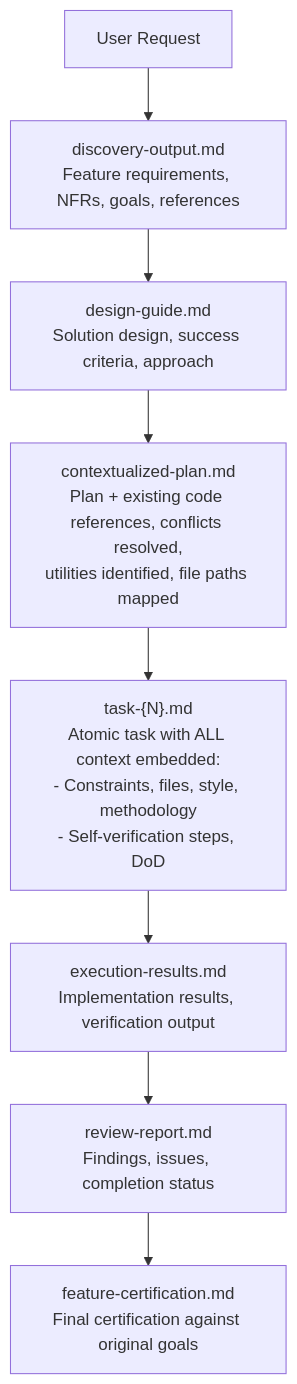
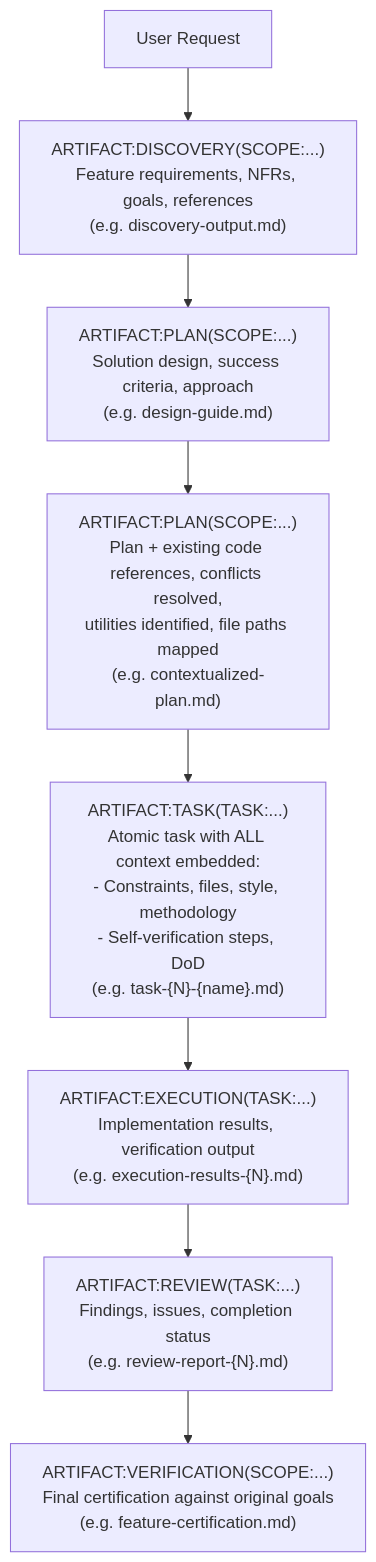
Before and after one commit to chgreer1070/claude_skills: the second of 2 diagrams in methodology_development/stateless-software-engineering-framework.md, drawn with Mermaid. The commit also changed other lines of this file and 18 other files, not shown here.

First line of the commit message:
refactor(methodology): enhance SAM documentation and artifact structure

````diff
--- a/methodology_development/stateless-software-engineering-framework.md
+++ b/methodology_development/stateless-software-engineering-framework.md
@@ -208,13 +260,13 @@
 ```mermaid
 flowchart TD
     REQ["User Request"]
-    DISC["discovery-output.md<br/>Feature requirements, NFRs, goals, references"]
-    DESIGN["design-guide.md<br/>Solution design, success criteria, approach"]
-    CTX["contextualized-plan.md<br/>Plan + existing code references, conflicts resolved,<br/>utilities identified, file paths mapped"]
-    TASK["task-{N}.md<br/>Atomic task with ALL context embedded:<br/>- Constraints, files, style, methodology<br/>- Self-verification steps, DoD"]
-    EXEC["execution-results.md<br/>Implementation results, verification output"]
-    REVIEW["review-report.md<br/>Findings, issues, completion status"]
-    CERT["feature-certification.md<br/>Final certification against original goals"]
+    DISC["ARTIFACT:DISCOVERY(SCOPE:...)<br/>Feature requirements, NFRs, goals, references<br/>(e.g. discovery-output.md)"]
+    DESIGN["ARTIFACT:PLAN(SCOPE:...)<br/>Solution design, success criteria, approach<br/>(e.g. design-guide.md)"]
+    CTX["ARTIFACT:PLAN(SCOPE:...)<br/>Plan + existing code references, conflicts resolved,<br/>utilities identified, file paths mapped<br/>(e.g. contextualized-plan.md)"]
+    TASK["ARTIFACT:TASK(TASK:...)<br/>Atomic task with ALL context embedded:<br/>- Constraints, files, style, methodology<br/>- Self-verification steps, DoD<br/>(e.g. task-{N}-{name}.md)"]
+    EXEC["ARTIFACT:EXECUTION(TASK:...)<br/>Implementation results, verification output<br/>(e.g. execution-results-{N}.md)"]
+    REVIEW["ARTIFACT:REVIEW(TASK:...)<br/>Findings, issues, completion status<br/>(e.g. review-report-{N}.md)"]
+    CERT["ARTIFACT:VERIFICATION(SCOPE:...)<br/>Final certification against original goals<br/>(e.g. feature-certification.md)"]
 
     REQ --> DISC --> DESIGN --> CTX --> TASK --> EXEC --> REVIEW --> CERT
 ```
````
